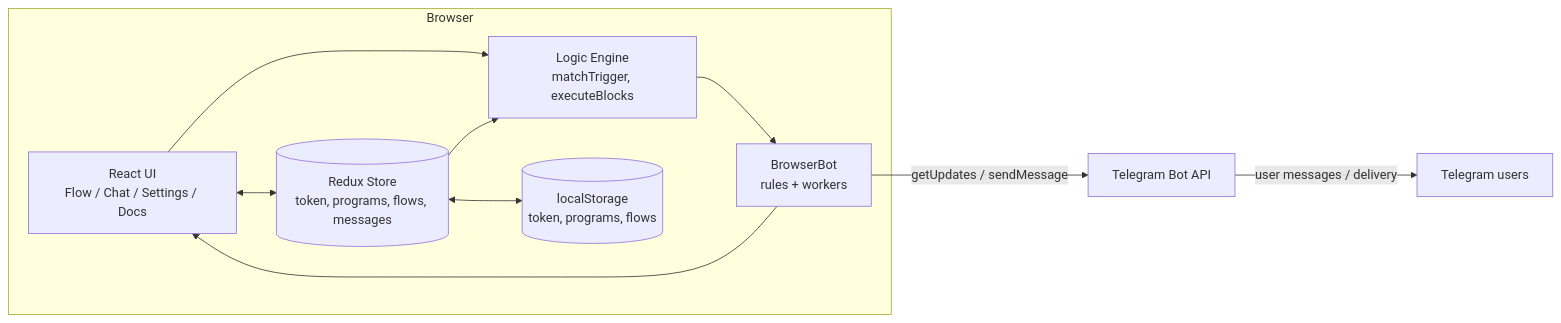
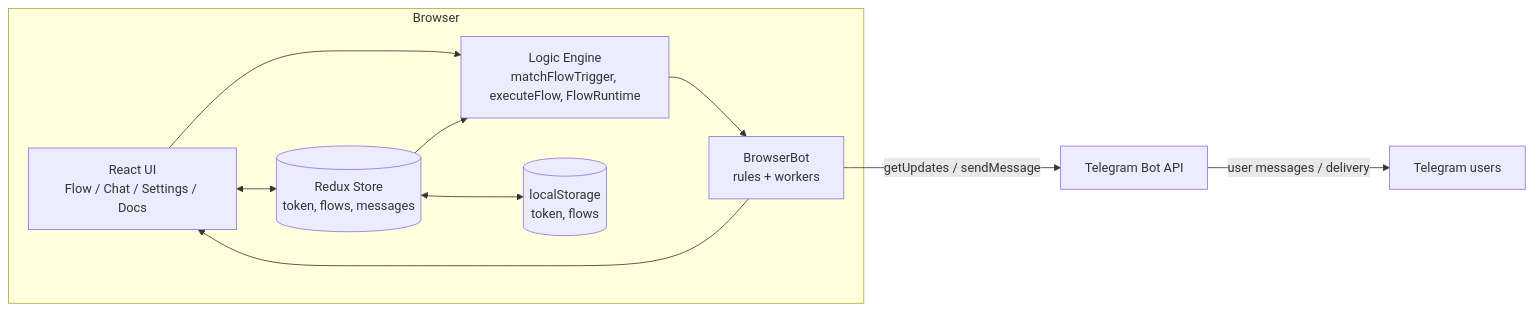
Before and after one commit to Jh123x/telegram-bot-on-browser: the first of 6 diagrams in docs/ARCHITECTURE.md, drawn with Mermaid. The commit also changed other lines of this file and 1 other file, not shown here.

First line of the commit message:
docs: update ARCHITECTURE.md and FEATURES.md for flow-only logic

````diff
--- a/docs/ARCHITECTURE.md
+++ b/docs/ARCHITECTURE.md
@@ -11,20 +11,20 @@
 ```mermaid
 flowchart LR
   subgraph Browser
     UI[React UI<br/>Flow / Chat / Settings / Docs]
-    Store[(Redux Store<br/>token, programs, flows, messages)]
-    Logic[Logic Engine<br/>matchTrigger, executeBlocks]
+    Store[(Redux Store<br/>token, flows, messages)]
+    Logic[Logic Engine<br/>matchFlowTrigger, executeFlow, FlowRuntime]
     Bot[BrowserBot<br/>rules + workers]
-    Local[(localStorage<br/>token, programs, flows)]
+    Local[(localStorage<br/>token, flows)]
 
     UI <--> Store
     UI --> Logic
     Store --> Logic
     Logic --> Bot
     Bot --> UI
     Store <--> Local
   end
 
   Bot -- "getUpdates / sendMessage" --> API[Telegram Bot API]
   API -- "user messages / delivery" --> Telegram[Telegram users]
 ```
````
